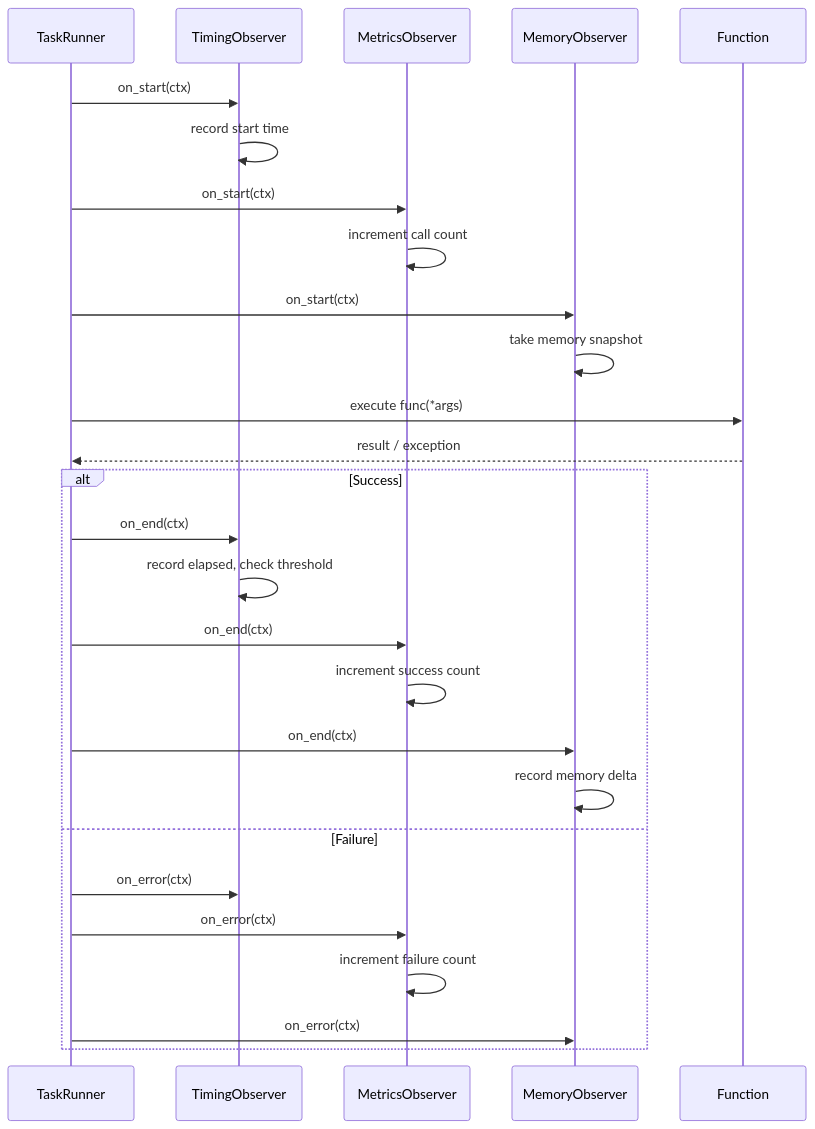
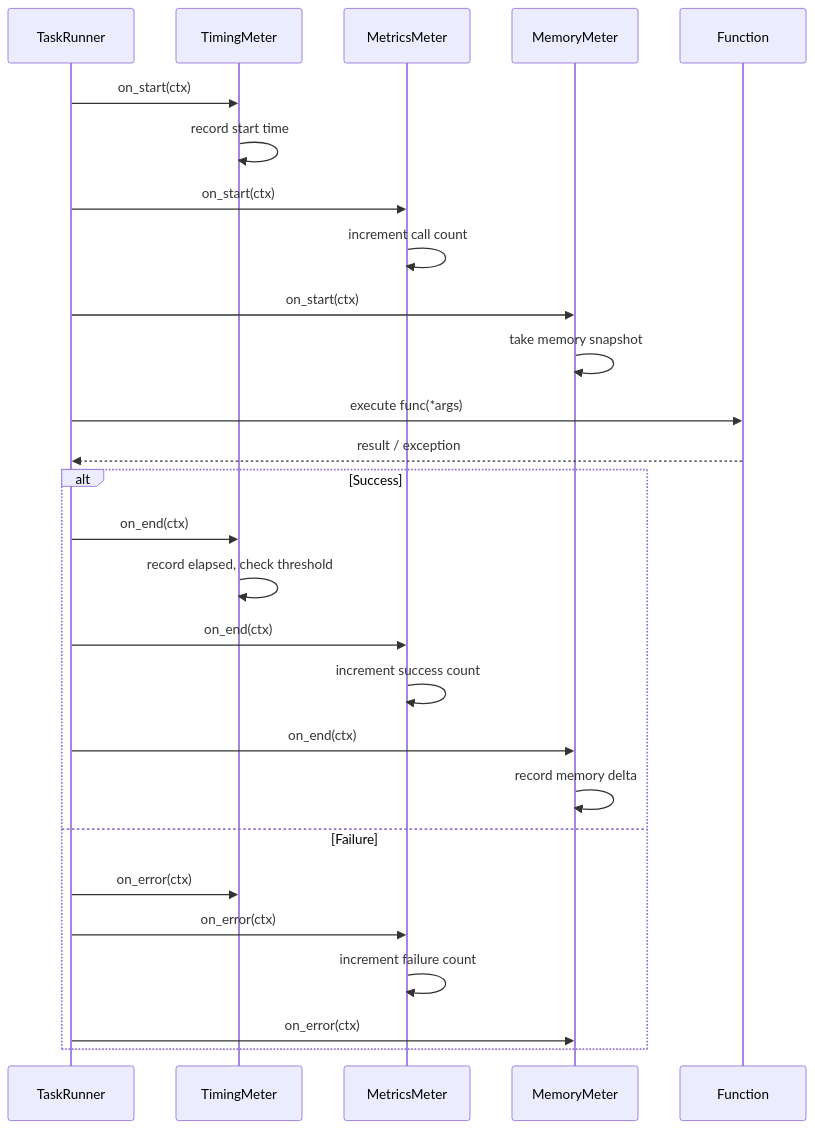
Before and after one commit to adnanhd/observer-pattern: the third of 5 diagrams in docs/index.md, drawn with Mermaid. The commit also changed other lines of this file and 57 other files, not shown here.

````diff
--- a/docs/index.md
+++ b/docs/index.md
@@ -112,32 +112,32 @@
 ```mermaid
 sequenceDiagram
     participant T as TaskRunner
-    participant Ti as TimingObserver
-    participant Me as MetricsObserver
-    participant Mo as MemoryObserver
+    participant Ti as TimingMeter
+    participant Me as MetricsMeter
+    participant Mo as MemoryMeter
     participant F as Function
 
     T->>Ti: on_start(ctx)
     Ti->>Ti: record start time
     T->>Me: on_start(ctx)
     Me->>Me: increment call count
     T->>Mo: on_start(ctx)
     Mo->>Mo: take memory snapshot
 
     T->>F: execute func(*args)
     F-->>T: result / exception
 
     alt Success
         T->>Ti: on_end(ctx)
         Ti->>Ti: record elapsed, check threshold
         T->>Me: on_end(ctx)
         Me->>Me: increment success count
         T->>Mo: on_end(ctx)
         Mo->>Mo: record memory delta
     else Failure
         T->>Ti: on_error(ctx)
         T->>Me: on_error(ctx)
         Me->>Me: increment failure count
         T->>Mo: on_error(ctx)
     end
 ```
````
